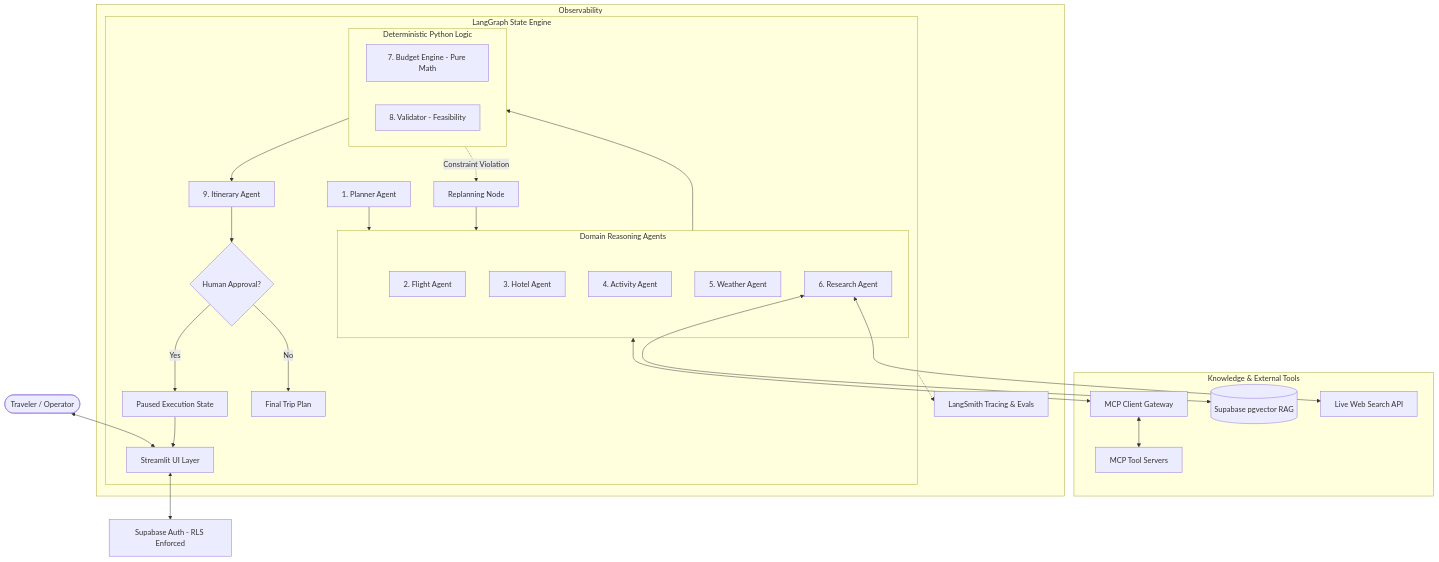
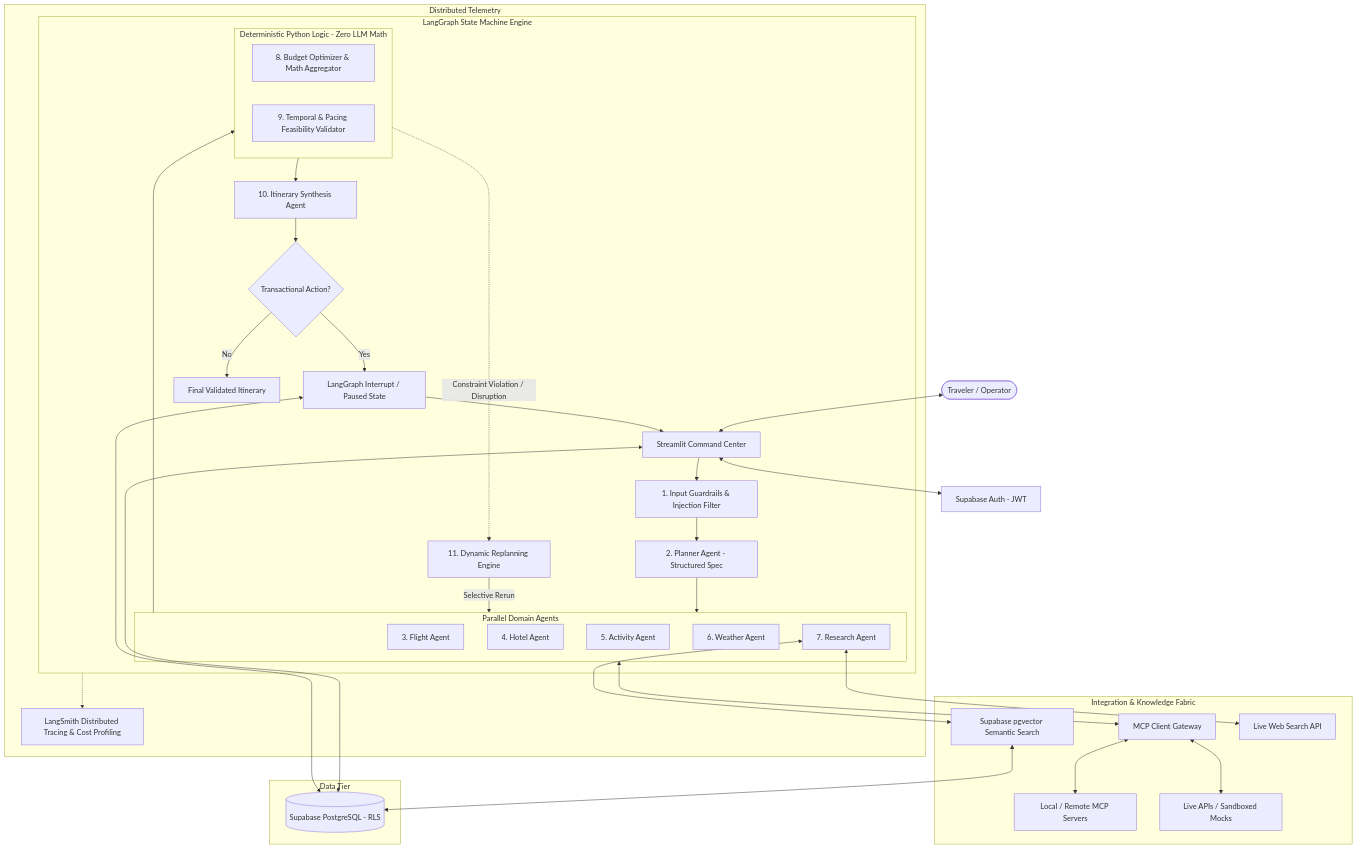
Before and after one commit to codingsexpert/multi-agent-travel-intelligence-platform: the diagram in README.md, drawn with Mermaid. The commit also changed other lines of this file, not shown here.

````diff
--- a/README.md
+++ b/README.md
@@ -32,44 +113,56 @@
 ```mermaid
 graph TD
-    User([Traveler / Operator]) <--> UI[Streamlit UI Layer]
-    UI <--> Auth[Supabase Auth - RLS Enforced]
+    User([Traveler / Operator]) <--> UI[Streamlit Command Center]
+    UI <--> Auth[Supabase Auth - JWT]
+    UI --> InputGuard[1. Input Guardrails & Injection Filter]
     
-    subgraph Orchestration [LangGraph State Engine]
-        Planner[1. Planner Agent] --> SubAgents
+    subgraph Orchestration [LangGraph State Machine Engine]
+        InputGuard --> Planner[2. Planner Agent - Structured Spec]
         
-        subgraph SubAgents [Domain Reasoning Agents]
-            FlightAgent[2. Flight Agent]
-            HotelAgent[3. Hotel Agent]
-            ActivityAgent[4. Activity Agent]
-            WeatherAgent[5. Weather Agent]
-            ResearchAgent[6. Research Agent]
+        Planner --> SubAgents
+        
+        subgraph SubAgents [Parallel Domain Agents]
+            FlightAgent[3. Flight Agent]
+            HotelAgent[4. Hotel Agent]
+            ActivityAgent[5. Activity Agent]
+            WeatherAgent[6. Weather Agent]
+            ResearchAgent[7. Research Agent]
         end
         
         SubAgents --> DeterministicEngines
         
-        subgraph DeterministicEngines [Deterministic Python Logic]
-            BudgetEngine[7. Budget Engine - Pure Math]
-            ValidatorEngine[8. Validator - Feasibility]
+        subgraph DeterministicEngines [Deterministic Python Logic - Zero LLM Math]
+            BudgetEngine[8. Budget Optimizer & Math Aggregator]
+            ValidatorEngine[9. Temporal & Pacing Feasibility Validator]
         end
         
-        DeterministicEngines --> SynthesisNode[9. Itinerary Agent]
-        DeterministicEngines -.->|Constraint Violation| Replanner[Replanning Node]
-        Replanner --> SubAgents
+        DeterministicEngines --> SynthesisNode[10. Itinerary Synthesis Agent]
         
-        SynthesisNode --> ApprovalGate{Human Approval?}
-        ApprovalGate -- Yes --> HITLInterrupt[Paused Execution State]
-        ApprovalGate -- No --> FinalItinerary[Final Trip Plan]
+        DeterministicEngines -.->|Constraint Violation / Disruption| ReplanRouter[11. Dynamic Replanning Engine]
+        ReplanRouter -->|Selective Rerun| SubAgents
+        
+        SynthesisNode --> ApprovalGate{Transactional Action?}
+        ApprovalGate -- Yes --> HITLInterrupt[LangGraph Interrupt / Paused State]
+        ApprovalGate -- No --> FinalItinerary[Final Validated Itinerary]
         HITLInterrupt --> UI
     end
     
-    subgraph KnowledgeAndTools [Knowledge & External Tools]
+    subgraph ToolingAndData [Integration & Knowledge Fabric]
         SubAgents <--> MCPGateway[MCP Client Gateway]
-        MCPGateway <--> MCPServers[MCP Tool Servers]
-        ResearchAgent <--> pgvector[(Supabase pgvector RAG)]
+        MCPGateway <--> MCPServers[Local / Remote MCP Servers]
+        MCPGateway <--> ExternalAPIs[Live APIs / Sandboxed Mocks]
+        
+        ResearchAgent <--> RAGSystem[Supabase pgvector Semantic Search]
         ResearchAgent <--> WebSearch[Live Web Search API]
     end
     
-    subgraph Telemetry [Observability]
-        Orchestration -.-> LangSmith[LangSmith Tracing & Evals]
+    subgraph Persistence [Data Tier]
+        UI <--> SupabaseDB[(Supabase PostgreSQL - RLS)]
+        RAGSystem <--> SupabaseDB
+        HITLInterrupt <--> SupabaseDB
+    end
+    
+    subgraph Observability [Distributed Telemetry]
+        Orchestration -.-> LangSmith[LangSmith Distributed Tracing & Cost Profiling]
     end
 ```
````
